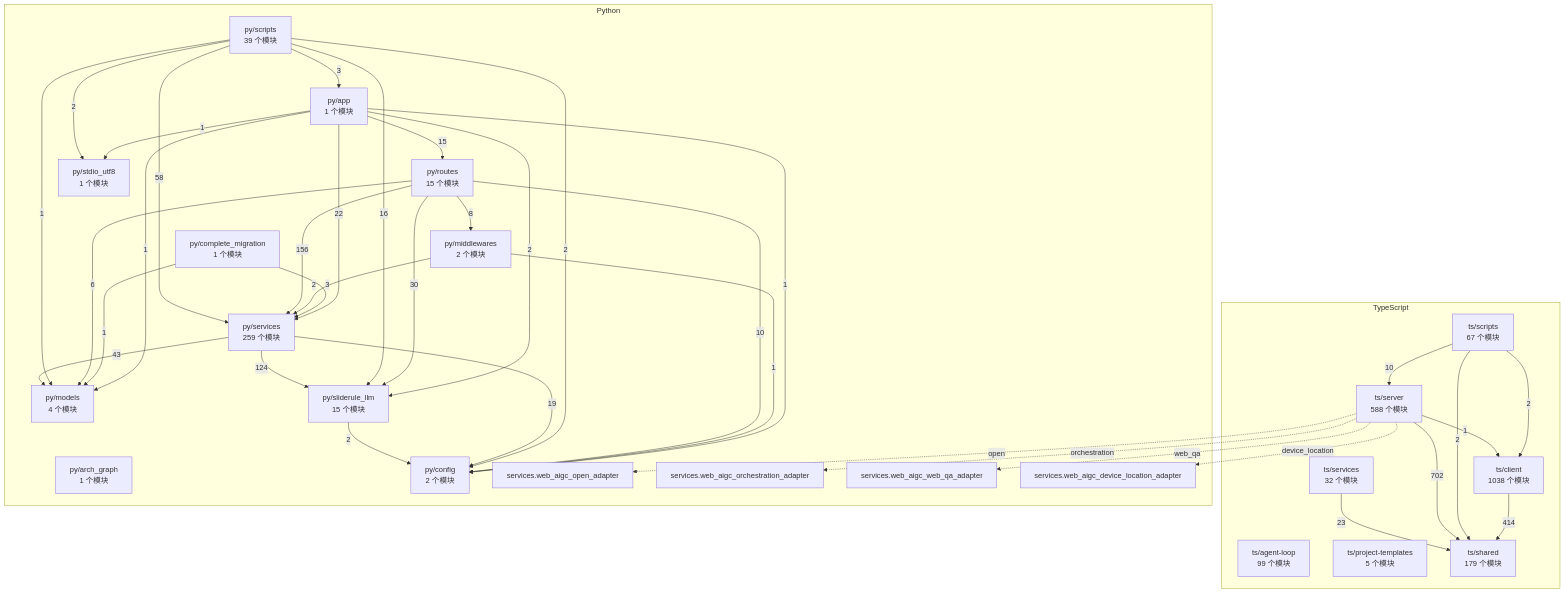
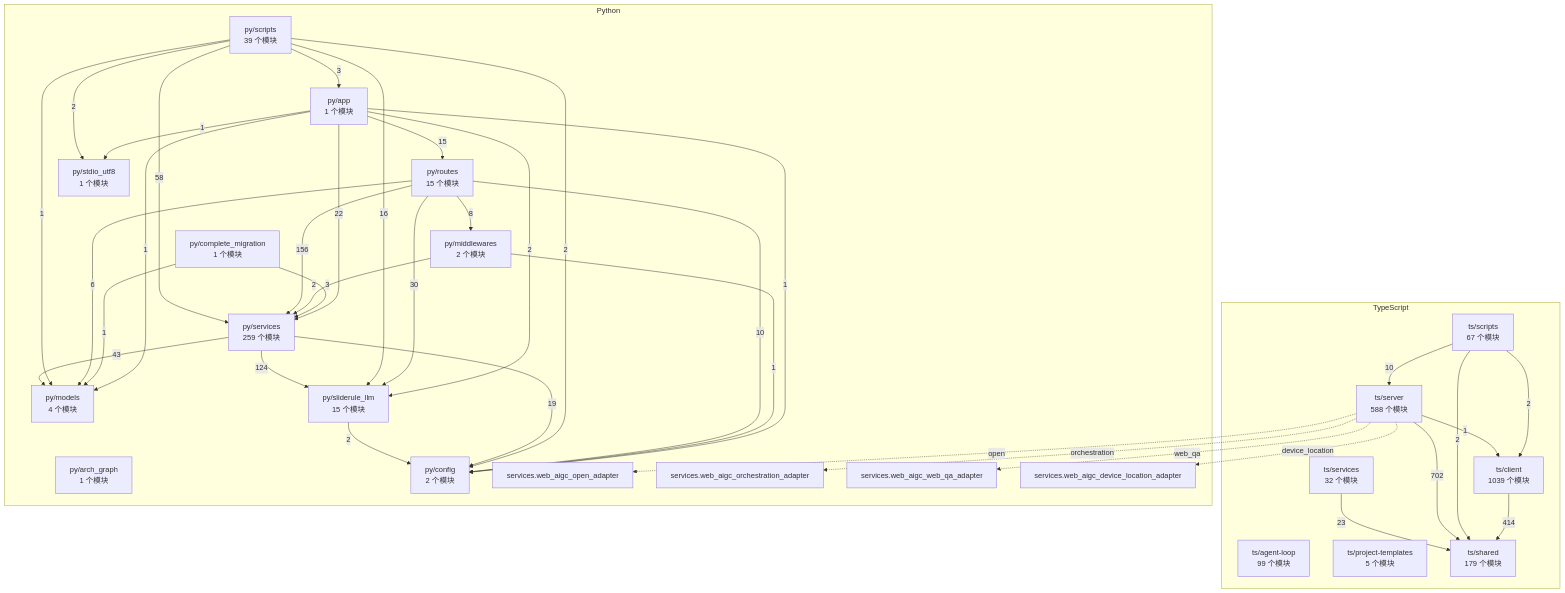
The diagram in docs/WhyBuddy 全仓架构图（自动生成）.md (2686521696/WhyBuddy), drawn with Mermaid before and after one commit. The commit also changed 6 other files, not shown here.

Commit message:
fix(verify): keep acceptance helper architecture leaf

````diff
--- a/docs/WhyBuddy 全仓架构图（自动生成）.md
+++ b/docs/WhyBuddy 全仓架构图（自动生成）.md
@@ -14,65 +14,65 @@
 ```mermaid
 flowchart TB
   subgraph ts [TypeScript]
     ts_agent_loop["ts/agent-loop<br/>99 个模块"]
-    ts_client["ts/client<br/>1038 个模块"]
+    ts_client["ts/client<br/>1039 个模块"]
     ts_project_templates["ts/project-templates<br/>5 个模块"]
     ts_scripts["ts/scripts<br/>67 个模块"]
     ts_server["ts/server<br/>588 个模块"]
     ts_services["ts/services<br/>32 个模块"]
     ts_shared["ts/shared<br/>179 个模块"]
   end
   subgraph py [Python]
     py_app["py/app<br/>1 个模块"]
     py_arch_graph["py/arch_graph<br/>1 个模块"]
     py_complete_migration["py/complete_migration<br/>1 个模块"]
     py_config["py/config<br/>2 个模块"]
     py_middlewares["py/middlewares<br/>2 个模块"]
     py_models["py/models<br/>4 个模块"]
     py_routes["py/routes<br/>15 个模块"]
     py_scripts["py/scripts<br/>39 个模块"]
     py_services["py/services<br/>259 个模块"]
     py_sliderule_llm["py/sliderule_llm<br/>15 个模块"]
     py_stdio_utf8["py/stdio_utf8<br/>1 个模块"]
     py_services_web_aigc_open_adapter["services.web_aigc_open_adapter"]
     py_services_web_aigc_orchestration_adapter["services.web_aigc_orchestration_adapter"]
     py_services_web_aigc_web_qa_adapter["services.web_aigc_web_qa_adapter"]
     py_services_web_aigc_device_location_adapter["services.web_aigc_device_location_adapter"]
   end
   ts_client -->|414| ts_shared
   ts_scripts -->|2| ts_client
   ts_scripts -->|10| ts_server
   ts_scripts -->|2| ts_shared
   ts_server -->|1| ts_client
   ts_server -->|702| ts_shared
   ts_services -->|23| ts_shared
   py_app -->|1| py_config
   py_app -->|1| py_models
   py_app -->|15| py_routes
   py_app -->|22| py_services
   py_app -->|2| py_sliderule_llm
   py_app -->|1| py_stdio_utf8
   py_complete_migration -->|1| py_models
   py_complete_migration -->|3| py_services
   py_middlewares -->|1| py_config
   py_middlewares -->|2| py_services
   py_routes -->|10| py_config
   py_routes -->|8| py_middlewares
   py_routes -->|6| py_models
   py_routes -->|156| py_services
   py_routes -->|30| py_sliderule_llm
   py_scripts -->|3| py_app
   py_scripts -->|2| py_config
   py_scripts -->|1| py_models
   py_scripts -->|58| py_services
   py_scripts -->|16| py_sliderule_llm
   py_scripts -->|2| py_stdio_utf8
   py_services -->|19| py_config
   py_services -->|43| py_models
   py_services -->|124| py_sliderule_llm
   py_sliderule_llm -->|2| py_config
   ts_server -.->|open| py_services_web_aigc_open_adapter
   ts_server -.->|orchestration| py_services_web_aigc_orchestration_adapter
   ts_server -.->|web_qa| py_services_web_aigc_web_qa_adapter
   ts_server -.->|device_location| py_services_web_aigc_device_location_adapter
 ```
````
